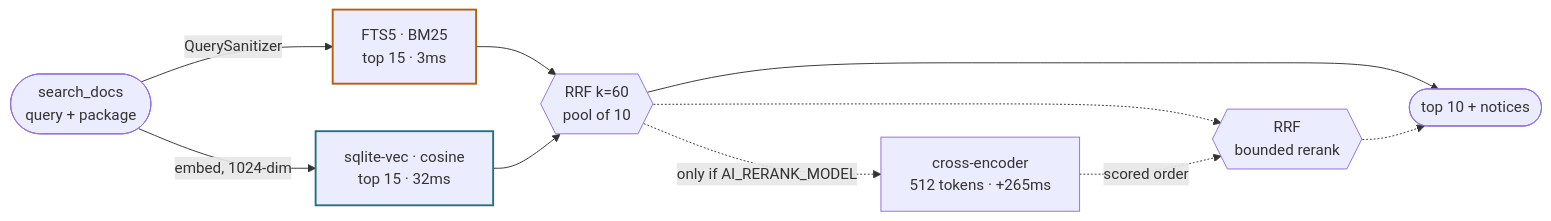
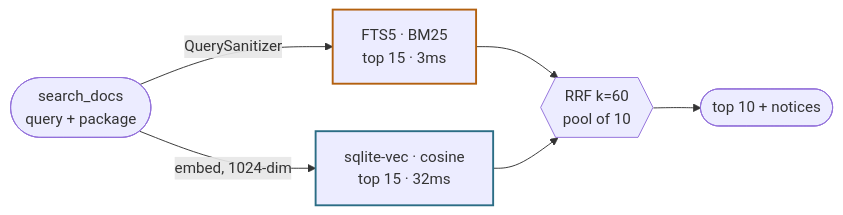
Before and after one commit to dwyl/local-hex-mcp: the first of 2 diagrams in README.md, drawn with Mermaid. The commit also changed other lines of this file and 14 other files, not shown here.

````diff
--- a/README.md
+++ b/README.md
@@ -462,22 +449,17 @@
 ```mermaid
 flowchart LR
     Q([search_docs<br/>query + package])
 
     Q -->|QuerySanitizer| FTS["FTS5 · BM25<br/>top 15 · 3ms"]
     Q -->|embed, 1024-dim| VEC["sqlite-vec · cosine<br/>top 15 · 32ms"]
 
     FTS --> RRF1{{"RRF k=60<br/>pool of 10"}}
     VEC --> RRF1
 
     RRF1 --> OUT([top 10 + notices])
 
-    RRF1 -.->|only if AI_RERANK_MODEL| CE["cross-encoder<br/>512 tokens · +265ms"]
-    RRF1 -.-> RRF2
-    CE -.->|scored order| RRF2{{"RRF<br/>bounded rerank"}}
-    RRF2 -.-> OUT
-
     classDef lex stroke:#b3600f,stroke-width:2px
     classDef vecc stroke:#2b6d85,stroke-width:2px
     class FTS lex
     class VEC vecc
 ```
````
